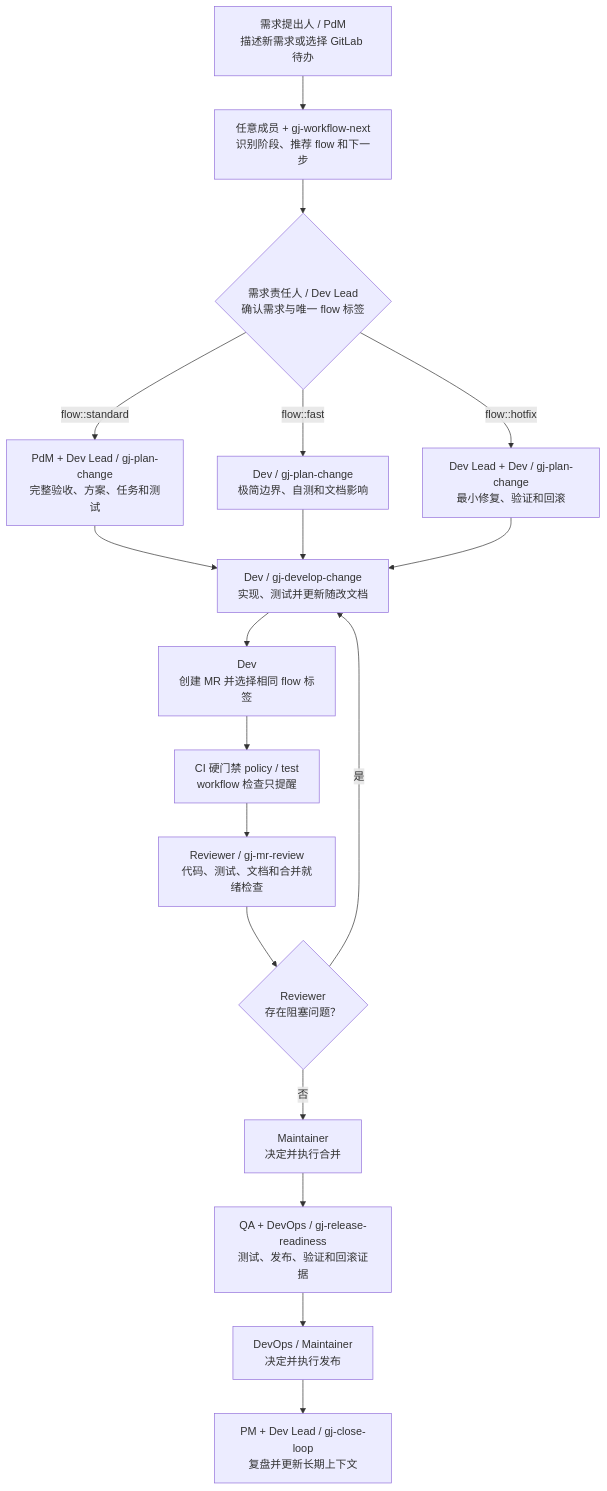
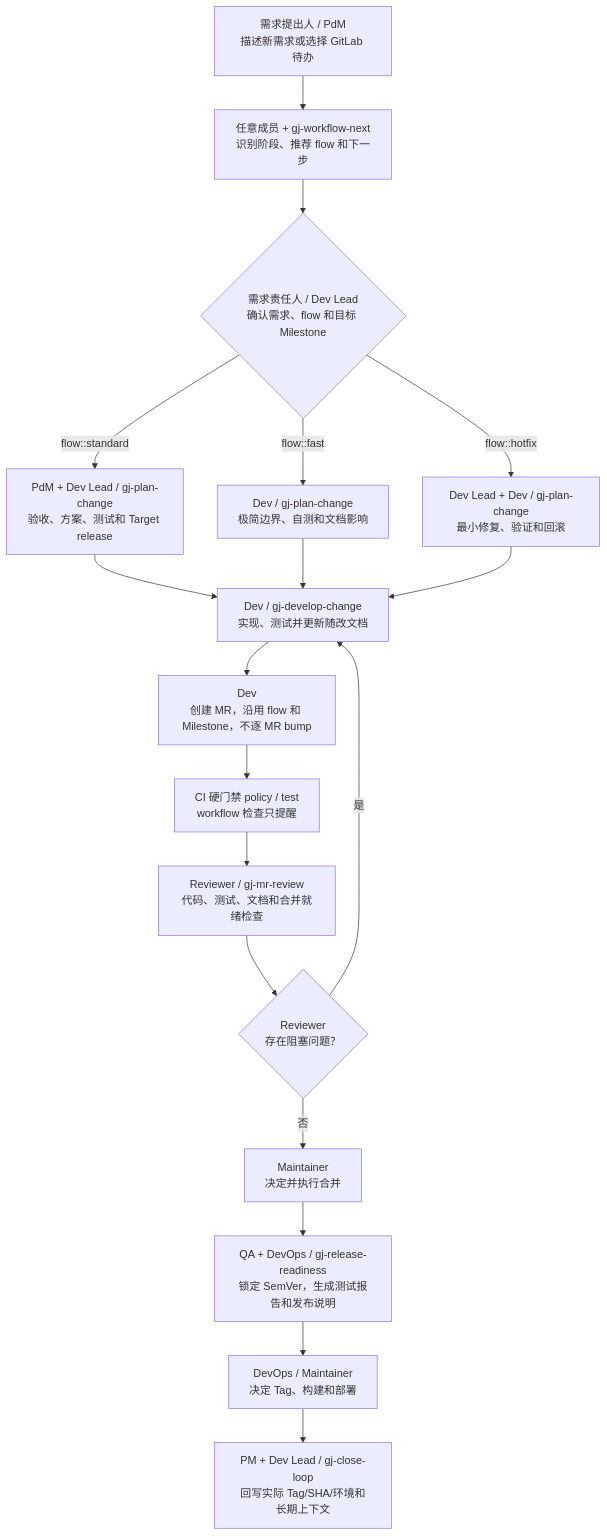
The first of 2 diagrams in README.md (TheLastMagician/gj-gitlab-ai-workflow), drawn with Mermaid before and after one commit. The commit also changed other lines of this file and 45 other files, not shown here.

````diff
--- a/README.md
+++ b/README.md
@@ -188,20 +189,20 @@
 ```mermaid
 flowchart TD
   A["需求提出人 / PdM<br/>描述新需求或选择 GitLab 待办"] --> B["任意成员 + gj-workflow-next<br/>识别阶段、推荐 flow 和下一步"]
-  B --> C{"需求责任人 / Dev Lead<br/>确认需求与唯一 flow 标签"}
-  C -- "flow::standard" --> D["PdM + Dev Lead / gj-plan-change<br/>完整验收、方案、任务和测试"]
+  B --> C{"需求责任人 / Dev Lead<br/>确认需求、flow 和目标 Milestone"}
+  C -- "flow::standard" --> D["PdM + Dev Lead / gj-plan-change<br/>验收、方案、测试和 Target release"]
   C -- "flow::fast" --> DF["Dev / gj-plan-change<br/>极简边界、自测和文档影响"]
   C -- "flow::hotfix" --> DH["Dev Lead + Dev / gj-plan-change<br/>最小修复、验证和回滚"]
   D --> E["Dev / gj-develop-change<br/>实现、测试并更新随改文档"]
   DF --> E
   DH --> E
-  E --> F["Dev<br/>创建 MR 并选择相同 flow 标签"]
+  E --> F["Dev<br/>创建 MR，沿用 flow 和 Milestone，不逐 MR bump"]
   F --> G["CI 硬门禁 policy / test<br/>workflow 检查只提醒"]
   G --> H["Reviewer / gj-mr-review<br/>代码、测试、文档和合并就绪检查"]
   H --> I{"Reviewer<br/>存在阻塞问题？"}
   I -- "是" --> E
   I -- "否" --> J["Maintainer<br/>决定并执行合并"]
-  J --> K["QA + DevOps / gj-release-readiness<br/>测试、发布、验证和回滚证据"]
-  K --> L["DevOps / Maintainer<br/>决定并执行发布"]
-  L --> M["PM + Dev Lead / gj-close-loop<br/>复盘并更新长期上下文"]
+  J --> K["QA + DevOps / gj-release-readiness<br/>锁定 SemVer，生成测试报告和发布说明"]
+  K --> L["DevOps / Maintainer<br/>决定 Tag、构建和部署"]
+  L --> M["PM + Dev Lead / gj-close-loop<br/>回写实际 Tag/SHA/环境和长期上下文"]
 ```
````
